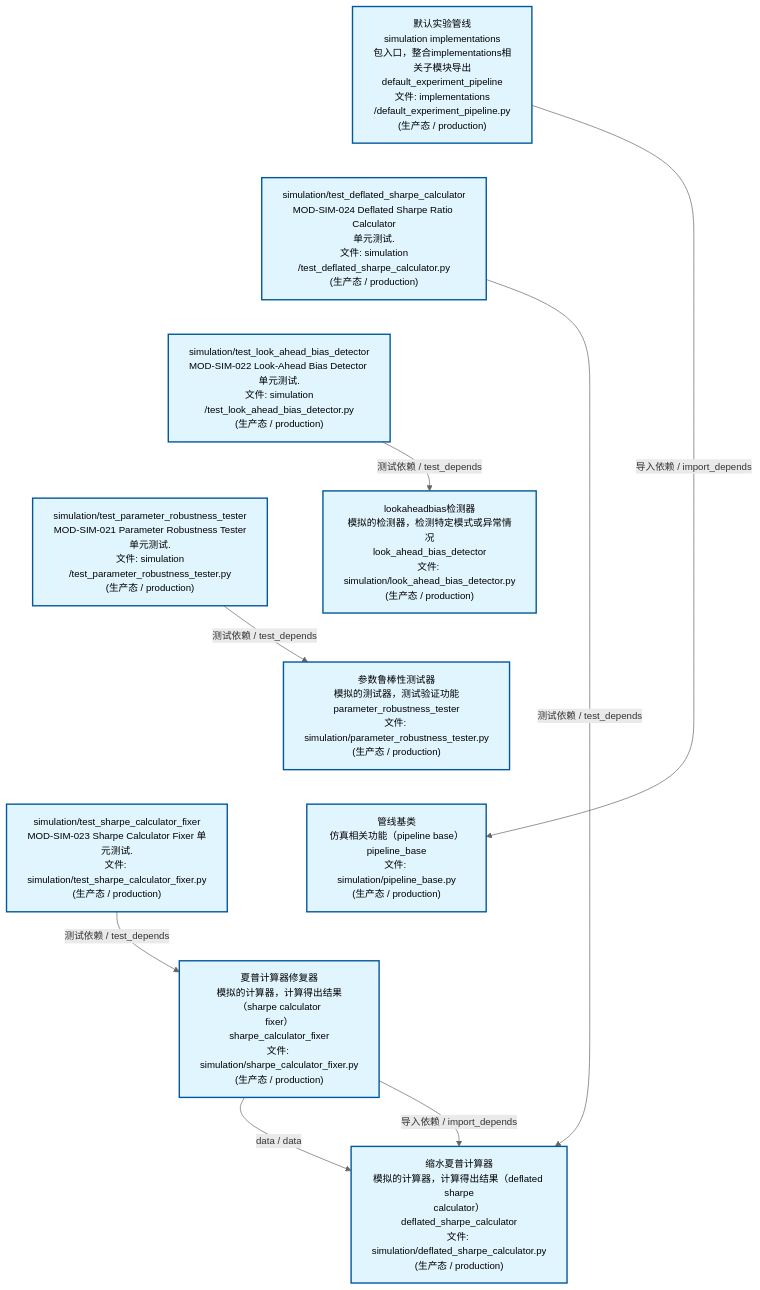
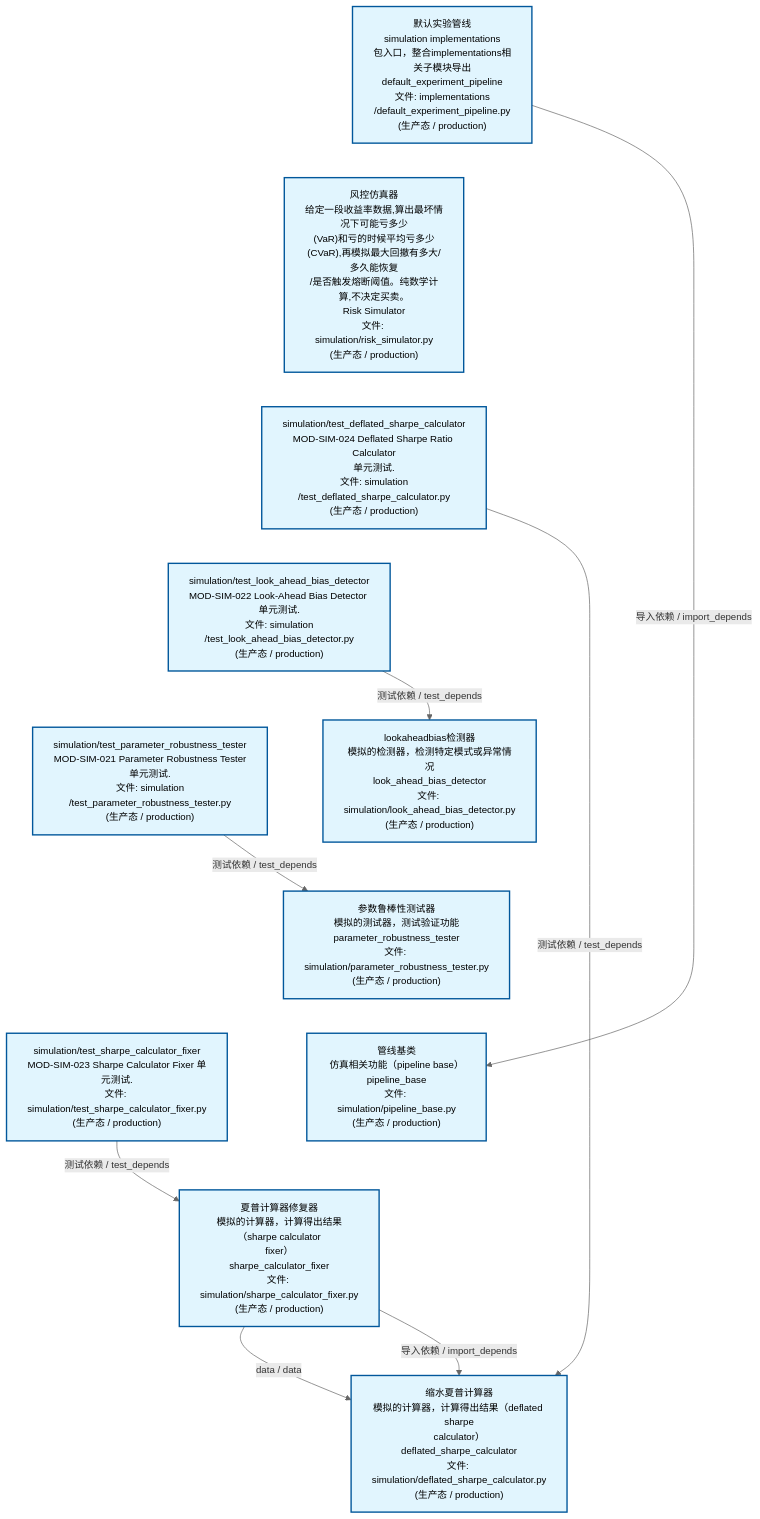
Before and after one commit to xuanFelixVan/ZephyrAlpha: the second of 4 diagrams in docs/02_enterprise_architecture/02_domain_architecture_docs/70_d_simulation.md, drawn with Mermaid. The commit also changed other lines of this file and 8 other files, not shown here.

````diff
--- a/docs/02_enterprise_architecture/02_domain_architecture_docs/70_d_simulation.md
+++ b/docs/02_enterprise_architecture/02_domain_architecture_docs/70_d_simulation.md
@@ -113,33 +114,35 @@
 ```mermaid
 %%{init: {'theme': 'base', 'themeVariables': {'primaryColor': '#eaeaea', 'primaryTextColor': '#333333', 'primaryBorderColor': '#666666', 'lineColor': '#666666', 'secondaryColor': '#eaeaea', 'tertiaryColor': '#eaeaea', 'fontSize': '14px'}}}%%
 flowchart TD
     src_zephyr_simulation_implementations_default_experiment_pipeline_py["默认实验管线<br/>simulation implementations<br/>包入口，整合implementations相关子模块导出<br/>default_experiment_pipeline<br/>文件: implementations<br/>/default_experiment_pipeline.py<br/>(生产态 / production)"]
+    src_zephyr_simulation_risk_simulator_py["风控仿真器<br/>给定一段收益率数据,算出最坏情况下可能亏多少<br/>(VaR)和亏的时候平均亏多少<br/>(CVaR),再模拟最大回撤有多大/多久能恢复<br/>/是否触发熔断阈值。纯数学计算,不决定买卖。<br/>Risk Simulator<br/>文件: simulation/risk_simulator.py<br/>(生产态 / production)"]
     tests_simulation_test_deflated_sharpe_calculator_py["simulation/test_deflated_sharpe_calculator<br/>MOD-SIM-024 Deflated Sharpe Ratio Calculator<br/>单元测试.<br/>文件: simulation<br/>/test_deflated_sharpe_calculator.py<br/>(生产态 / production)"]
     tests_simulation_test_look_ahead_bias_detector_py["simulation/test_look_ahead_bias_detector<br/>MOD-SIM-022 Look-Ahead Bias Detector 单元测试.<br/>文件: simulation<br/>/test_look_ahead_bias_detector.py<br/>(生产态 / production)"]
     tests_simulation_test_parameter_robustness_tester_py["simulation/test_parameter_robustness_tester<br/>MOD-SIM-021 Parameter Robustness Tester<br/>单元测试.<br/>文件: simulation<br/>/test_parameter_robustness_tester.py<br/>(生产态 / production)"]
     tests_simulation_test_sharpe_calculator_fixer_py["simulation/test_sharpe_calculator_fixer<br/>MOD-SIM-023 Sharpe Calculator Fixer 单元测试.<br/>文件: simulation/test_sharpe_calculator_fixer.py<br/>(生产态 / production)"]
-    src_zephyr_simulation_implementations_default_experiment_pipeline_py ~~~ tests_simulation_test_deflated_sharpe_calculator_py
+    src_zephyr_simulation_implementations_default_experiment_pipeline_py ~~~ src_zephyr_simulation_risk_simulator_py
+    src_zephyr_simulation_risk_simulator_py ~~~ tests_simulation_test_deflated_sharpe_calculator_py
     tests_simulation_test_deflated_sharpe_calculator_py ~~~ tests_simulation_test_look_ahead_bias_detector_py
     tests_simulation_test_look_ahead_bias_detector_py ~~~ tests_simulation_test_parameter_robustness_tester_py
     tests_simulation_test_parameter_robustness_tester_py ~~~ tests_simulation_test_sharpe_calculator_fixer_py
     src_zephyr_simulation_look_ahead_bias_detector_py["lookaheadbias检测器<br/>模拟的检测器，检测特定模式或异常情况<br/>look_ahead_bias_detector<br/>文件: simulation/look_ahead_bias_detector.py<br/>(生产态 / production)"]
     src_zephyr_simulation_parameter_robustness_tester_py["参数鲁棒性测试器<br/>模拟的测试器，测试验证功能<br/>parameter_robustness_tester<br/>文件: simulation/parameter_robustness_tester.py<br/>(生产态 / production)"]
     src_zephyr_simulation_pipeline_base_py["管线基类<br/>仿真相关功能（pipeline base）<br/>pipeline_base<br/>文件: simulation/pipeline_base.py<br/>(生产态 / production)"]
     src_zephyr_simulation_sharpe_calculator_fixer_py["夏普计算器修复器<br/>模拟的计算器，计算得出结果（sharpe calculator<br/>fixer）<br/>sharpe_calculator_fixer<br/>文件: simulation/sharpe_calculator_fixer.py<br/>(生产态 / production)"]
     src_zephyr_simulation_look_ahead_bias_detector_py ~~~ src_zephyr_simulation_parameter_robustness_tester_py
     src_zephyr_simulation_parameter_robustness_tester_py ~~~ src_zephyr_simulation_pipeline_base_py
     src_zephyr_simulation_pipeline_base_py ~~~ src_zephyr_simulation_sharpe_calculator_fixer_py
     src_zephyr_simulation_deflated_sharpe_calculator_py["缩水夏普计算器<br/>模拟的计算器，计算得出结果（deflated sharpe<br/>calculator）<br/>deflated_sharpe_calculator<br/>文件: simulation/deflated_sharpe_calculator.py<br/>(生产态 / production)"]
     src_zephyr_simulation_sharpe_calculator_fixer_py -->|data / data| src_zephyr_simulation_deflated_sharpe_calculator_py
     src_zephyr_simulation_sharpe_calculator_fixer_py -->|导入依赖 / import_depends| src_zephyr_simulation_deflated_sharpe_calculator_py
     src_zephyr_simulation_implementations_default_experiment_pipeline_py -->|导入依赖 / import_depends| src_zephyr_simulation_pipeline_base_py
     tests_simulation_test_deflated_sharpe_calculator_py -->|测试依赖 / test_depends| src_zephyr_simulation_deflated_sharpe_calculator_py
     tests_simulation_test_sharpe_calculator_fixer_py -->|测试依赖 / test_depends| src_zephyr_simulation_sharpe_calculator_fixer_py
     tests_simulation_test_look_ahead_bias_detector_py -->|测试依赖 / test_depends| src_zephyr_simulation_look_ahead_bias_detector_py
     tests_simulation_test_parameter_robustness_tester_py -->|测试依赖 / test_depends| src_zephyr_simulation_parameter_robustness_tester_py
     classDef production fill:#e1f5fe,stroke:#01579b,stroke-width:2px,color:#000
     classDef design fill:#fff3e0,stroke:#e65100,stroke-width:2px,color:#000,stroke-dasharray: 5 5
     classDef external_prod fill:#e8f4fd,stroke:#0277bd,stroke-width:1px,color:#000
     classDef external_design fill:#fff8e7,stroke:#ef6c00,stroke-width:1px,color:#000,stroke-dasharray: 5 5
-    class src_zephyr_simulation_deflated_sharpe_calculator_py,src_zephyr_simulation_implementations_default_experiment_pipeline_py,src_zephyr_simulation_look_ahead_bias_detector_py,src_zephyr_simulation_parameter_robustness_tester_py,src_zephyr_simulation_pipeline_base_py,src_zephyr_simulation_sharpe_calculator_fixer_py,tests_simulation_test_deflated_sharpe_calculator_py,tests_simulation_test_look_ahead_bias_detector_py,tests_simulation_test_parameter_robustness_tester_py,tests_simulation_test_sharpe_calculator_fixer_py production
+    class src_zephyr_simulation_deflated_sharpe_calculator_py,src_zephyr_simulation_implementations_default_experiment_pipeline_py,src_zephyr_simulation_look_ahead_bias_detector_py,src_zephyr_simulation_parameter_robustness_tester_py,src_zephyr_simulation_pipeline_base_py,src_zephyr_simulation_risk_simulator_py,src_zephyr_simulation_sharpe_calculator_fixer_py,tests_simulation_test_deflated_sharpe_calculator_py,tests_simulation_test_look_ahead_bias_detector_py,tests_simulation_test_parameter_robustness_tester_py,tests_simulation_test_sharpe_calculator_fixer_py production
 ```
````
